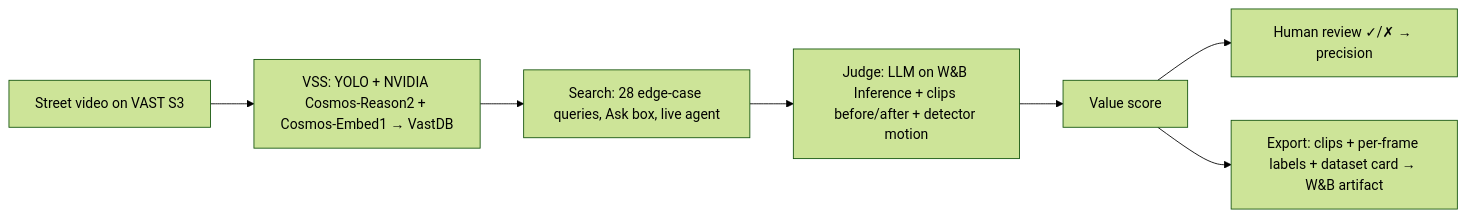
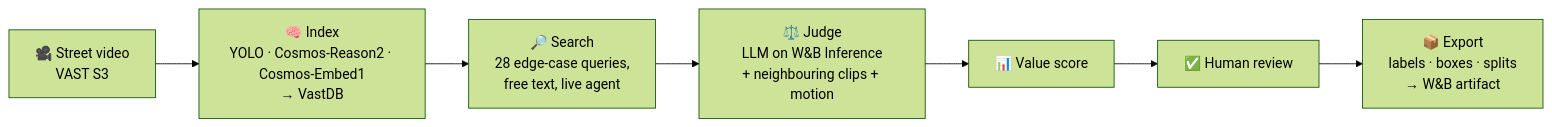
The diagram in README.md (Baladog05/VideoHack), drawn with Mermaid (forest theme) before and after one commit. The commit also changed other lines of this file and 2 other files, not shown here.

````diff
--- a/README.md
+++ b/README.md
@@ -32,9 +33,9 @@
 ```mermaid
 flowchart LR
-  A[Street video on VAST S3] --> B[VSS: YOLO + NVIDIA Cosmos-Reason2 + Cosmos-Embed1 → VastDB]
-  B --> C[Search: 28 edge-case queries, Ask box, live agent]
-  C --> D[Judge: LLM on W&B Inference + clips before/after + detector motion]
-  D --> E[Value score]
-  E --> F[Human review ✓/✗ → precision]
-  E --> G[Export: clips + per-frame labels + dataset card → W&B artifact]
+  A["🎥 Street video<br/>VAST S3"] --> B["🧠 Index<br/>YOLO · Cosmos-Reason2 · Cosmos-Embed1<br/>→ VastDB"]
+  B --> C["🔎 Search<br/>28 edge-case queries,<br/>free text, live agent"]
+  C --> D["⚖️ Judge<br/>LLM on W&B Inference<br/>+ neighbouring clips + motion"]
+  D --> E["📊 Value score"]
+  E --> F["✅ Human review"]
+  F --> G["📦 Export<br/>labels · boxes · splits<br/>→ W&B artifact"]
 ```
````
